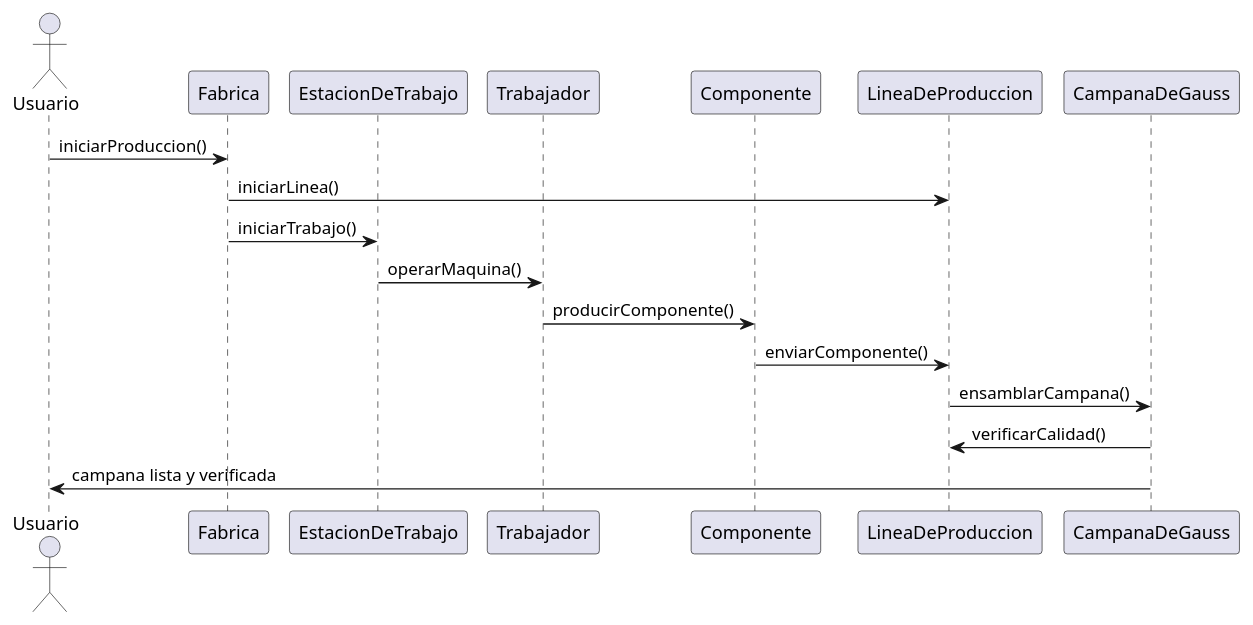
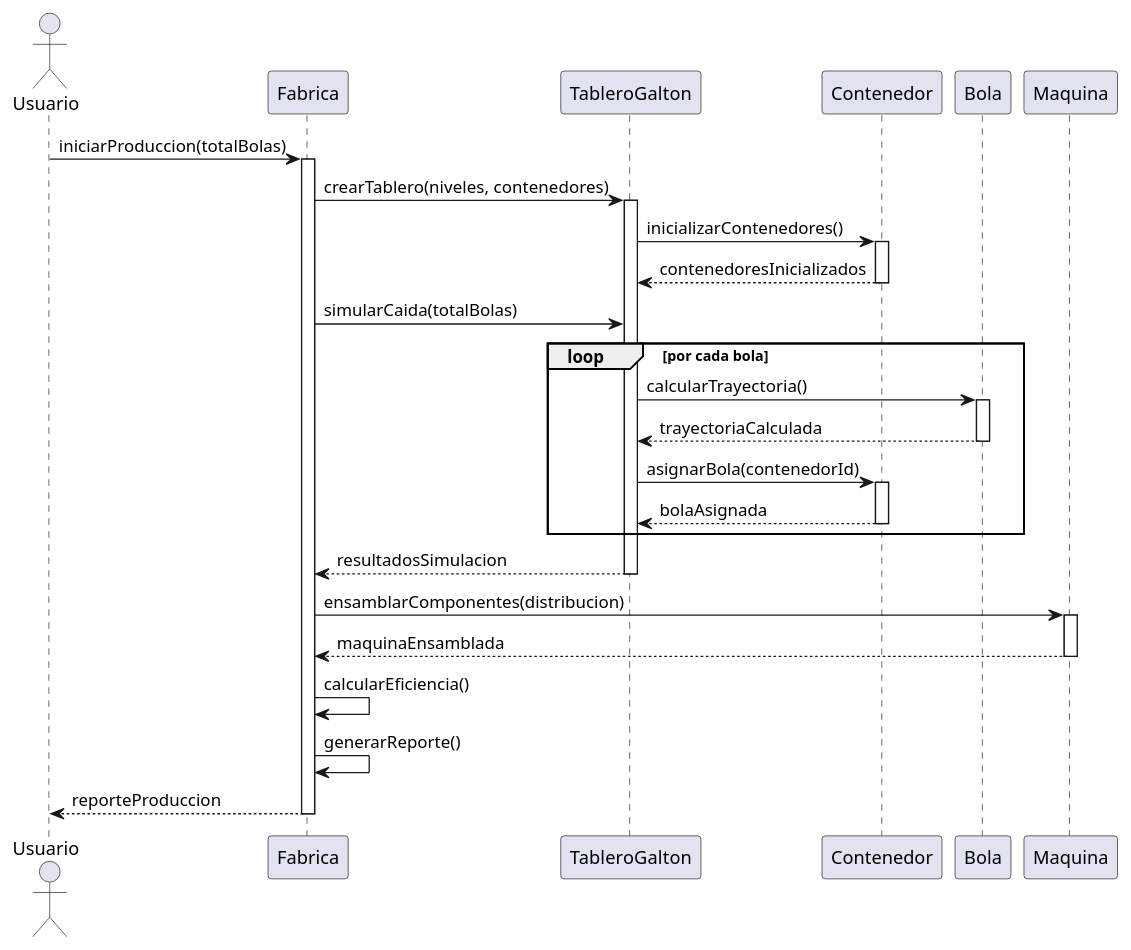
Before and after one commit to Parc2Galton/Parcial2: the diagram in src/main/java/UML/Secuencia.puml, drawn with PlantUML. The commit also changed 2 other files, not shown here.

```diff
--- a/src/main/java/UML/Secuencia.puml
+++ b/src/main/java/UML/Secuencia.puml
@@ -1,24 +1,32 @@
 @startuml
-
-actor Usuario as usuario
-participant Fabrica
-participant EstacionDeTrabajo
-participant Trabajador
-participant Componente
-participant LineaDeProduccion
-participant CampanaDeGauss
-
-usuario -> Fabrica: iniciarProduccion()
-Fabrica -> LineaDeProduccion: iniciarLinea()
-Fabrica -> EstacionDeTrabajo: iniciarTrabajo()
-
-EstacionDeTrabajo -> Trabajador: operarMaquina()
-Trabajador -> Componente: producirComponente()
-
-Componente -> LineaDeProduccion: enviarComponente()
-
-LineaDeProduccion -> CampanaDeGauss: ensamblarCampana()
-CampanaDeGauss -> LineaDeProduccion: verificarCalidad()
-CampanaDeGauss -> usuario: campana lista y verificada
-
+actor Usuario
+Usuario -> Fabrica : iniciarProduccion(totalBolas)
+activate Fabrica
+Fabrica -> TableroGalton : crearTablero(niveles, contenedores)
+activate TableroGalton
+TableroGalton -> Contenedor : inicializarContenedores()
+activate Contenedor
+Contenedor --> TableroGalton : contenedoresInicializados
+deactivate Contenedor
+Fabrica -> TableroGalton : simularCaida(totalBolas)
+loop por cada bola
+    TableroGalton -> Bola : calcularTrayectoria()
+    activate Bola
+    Bola --> TableroGalton : trayectoriaCalculada
+    deactivate Bola
+    TableroGalton -> Contenedor : asignarBola(contenedorId)
+    activate Contenedor
+    Contenedor --> TableroGalton : bolaAsignada
+    deactivate Contenedor
+end
+TableroGalton --> Fabrica : resultadosSimulacion
+deactivate TableroGalton
+Fabrica -> Maquina : ensamblarComponentes(distribucion)
+activate Maquina
+Maquina --> Fabrica : maquinaEnsamblada
+deactivate Maquina
+Fabrica -> Fabrica : calcularEficiencia()
+Fabrica -> Fabrica : generarReporte()
+Fabrica --> Usuario : reporteProduccion
+deactivate Fabrica
 @enduml
```
